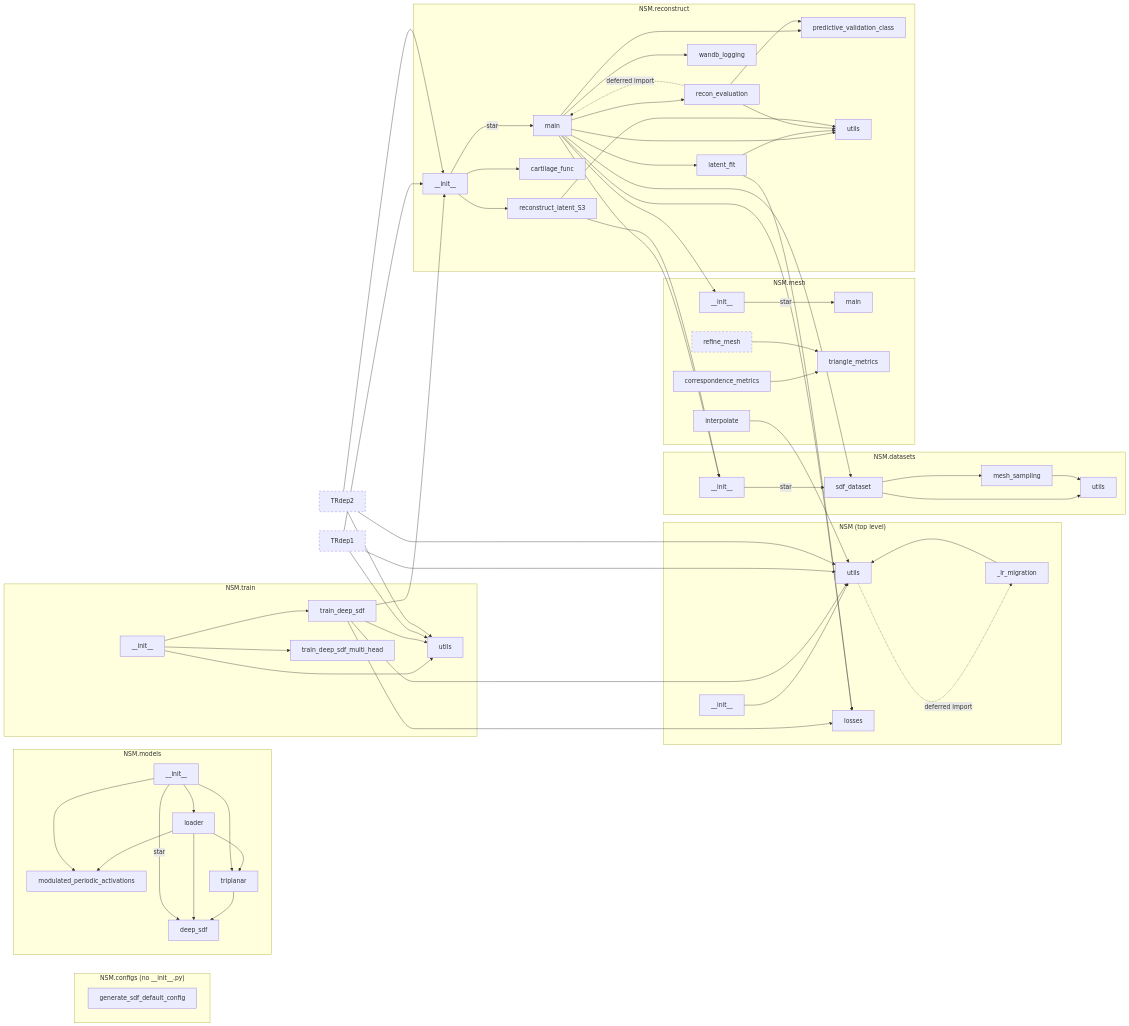
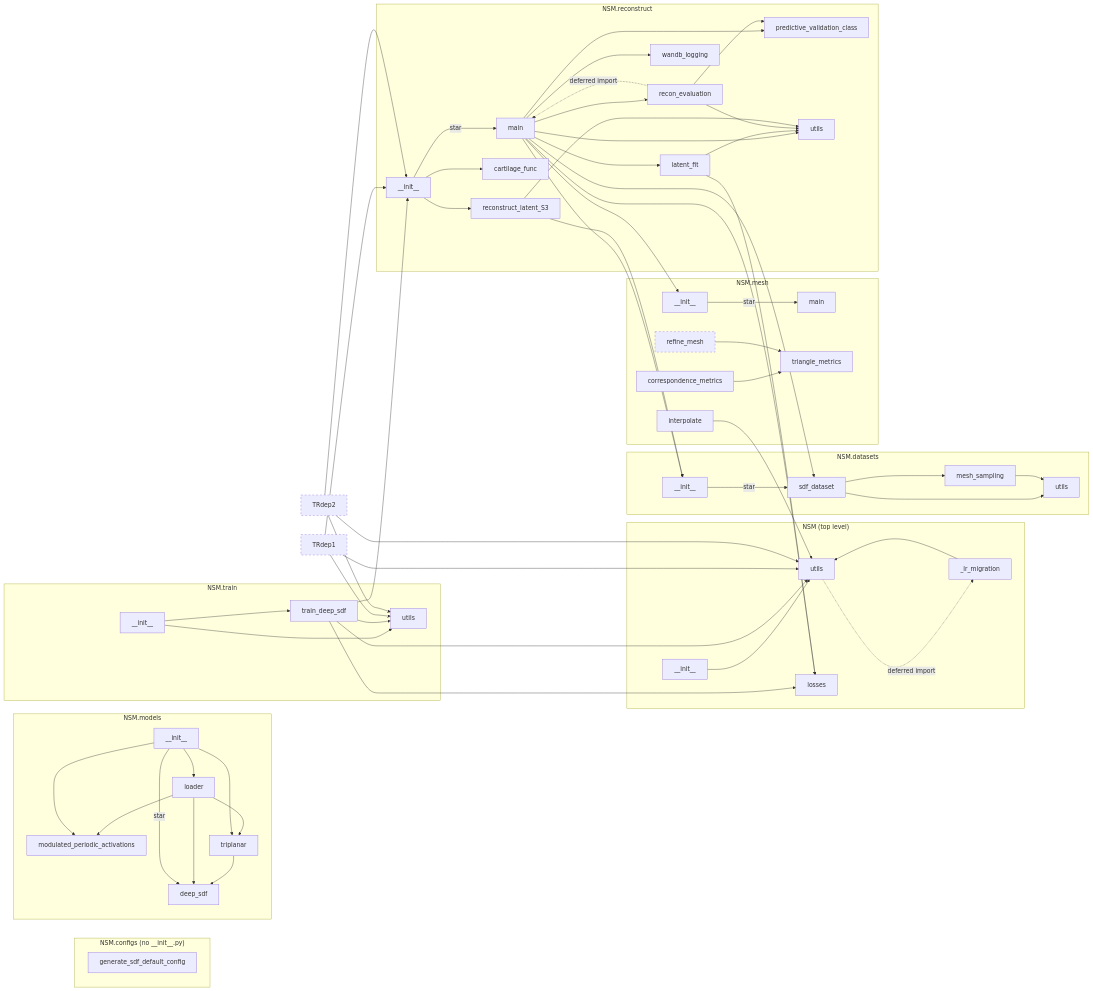
Before and after one commit to gattia/nsm: the diagram in docs/ARCHITECTURE.md, drawn with Mermaid. The commit also changed other lines of this file and 15 other files, not shown here.

First line of the commit message:
Remove the multi-head trainer

```diff
--- a/docs/ARCHITECTURE.md
+++ b/docs/ARCHITECTURE.md
@@ -104,7 +104,6 @@
   subgraph TR["NSM.train"]
     TRpkg["__init__"]
     TRtds["train_deep_sdf"]
-    TRmh["train_deep_sdf_multi_head"]
     TRutils["utils"]
   end
 
@@ -152,7 +151,6 @@
   RCs3 --> RCutils
 
   TRpkg --> TRtds
-  TRpkg --> TRmh
   TRpkg --> TRutils
   TRtds --> Uutils
   TRtds --> Ulosses
```
